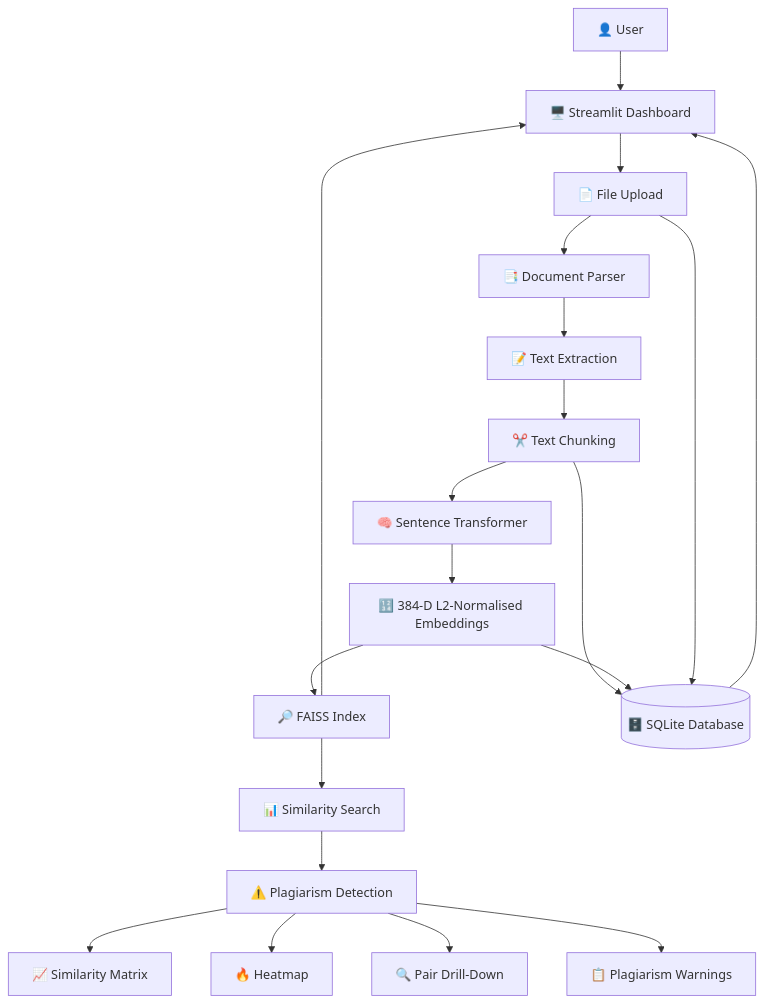
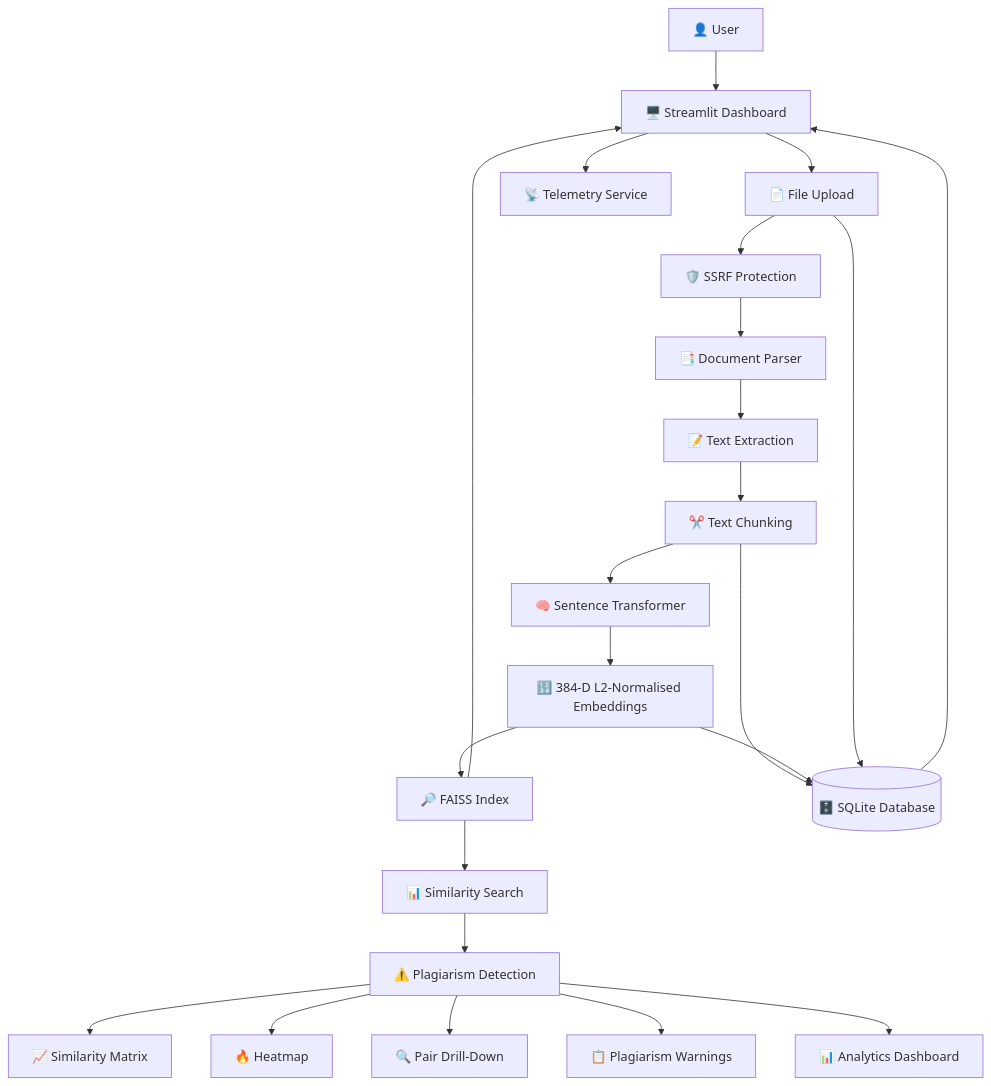
Before and after one commit to Aakif-Kohari/semantic-plagiarism-detector: the first of 3 diagrams in docs/ARCHITECTURE.md, drawn with Mermaid. The commit also changed other lines of this file, not shown here.

Commit message:
docs: update ARCHITECTURE.md for new modules

````diff
--- a/docs/ARCHITECTURE.md
+++ b/docs/ARCHITECTURE.md
@@ -13,39 +13,45 @@
 ```mermaid
 flowchart TD
     A[👤 User] --> B[🖥️ Streamlit Dashboard]
 
     B --> C[📄 File Upload]
     
-    C --> D[📑 Document Parser]
+    C --> S[🛡️ SSRF Protection]
+
+    S --> D[📑 Document Parser]
     
     D --> E[📝 Text Extraction]
     
     E --> F[✂️ Text Chunking]
     
     F --> G[🧠 Sentence Transformer]
     
     G --> H[🔢 384-D L2-Normalised Embeddings]
 
     H --> I[🔎 FAISS Index]
     
     F --> J[(🗄️ SQLite Database)]
     
     H --> J
     
     C --> J
 
     I --> K[📊 Similarity Search]
     
     K --> L[⚠️ Plagiarism Detection]
     
     L --> M[📈 Similarity Matrix]
     
     L --> N[🔥 Heatmap]
     
     L --> O[🔍 Pair Drill-Down]
     
     L --> P[📋 Plagiarism Warnings]
 
+    L --> Q[📊 Analytics Dashboard]
+
+    B --> R[📡 Telemetry Service]
+
     J --> B
     I --> B
 ```
````
